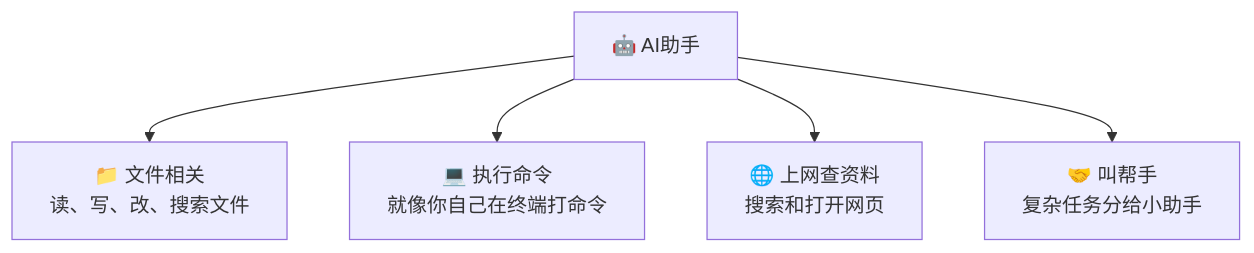
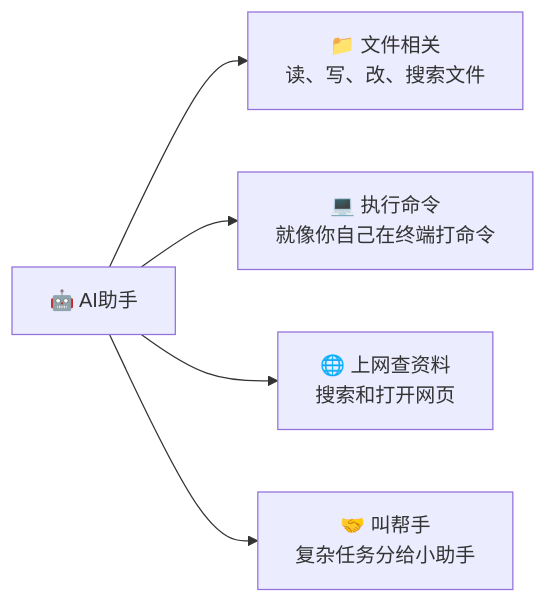
The third of 6 diagrams in docs/architecture/00-visual-guide-simple.md (WSbaikaishui/claude-code-source-code), drawn with Mermaid before and after one commit. The commit also changed 73 other files, not shown here.

First line of the commit message:
Fix all Mermaid diagrams: restore semantics + fix dimensions

````diff
--- a/docs/architecture/00-visual-guide-simple.md
+++ b/docs/architecture/00-visual-guide-simple.md
@@ -50,7 +50,7 @@
 ```mermaid
-graph TD
+graph LR
     A["🤖 AI助手"] --> B["📁 文件相关<br>读、写、改、搜索文件"]
     A --> C["💻 执行命令<br>就像你自己在终端打命令"]
     A --> D["🌐 上网查资料<br>搜索和打开网页"]
     A --> E["🤝 叫帮手<br>复杂任务分给小助手"]
 ```
````
